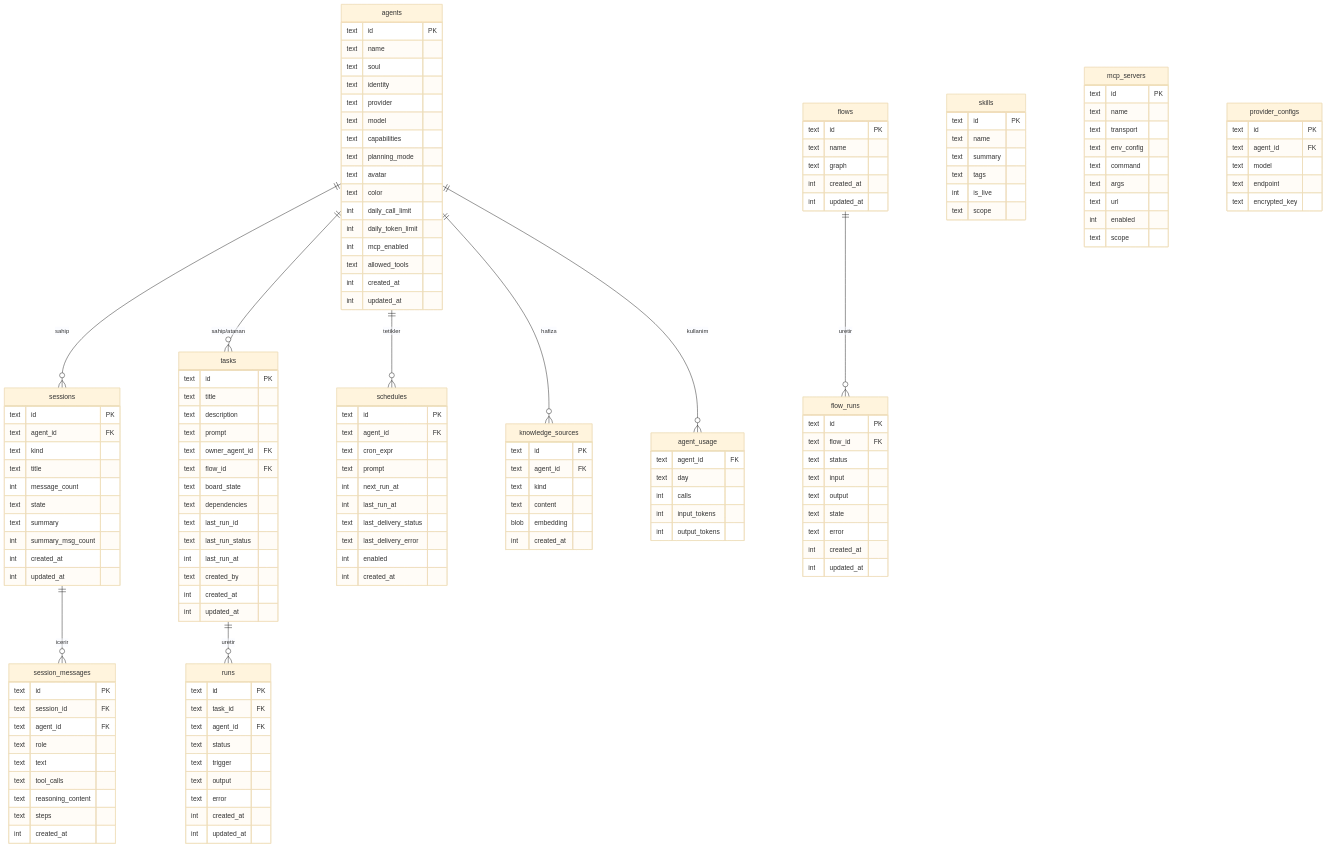
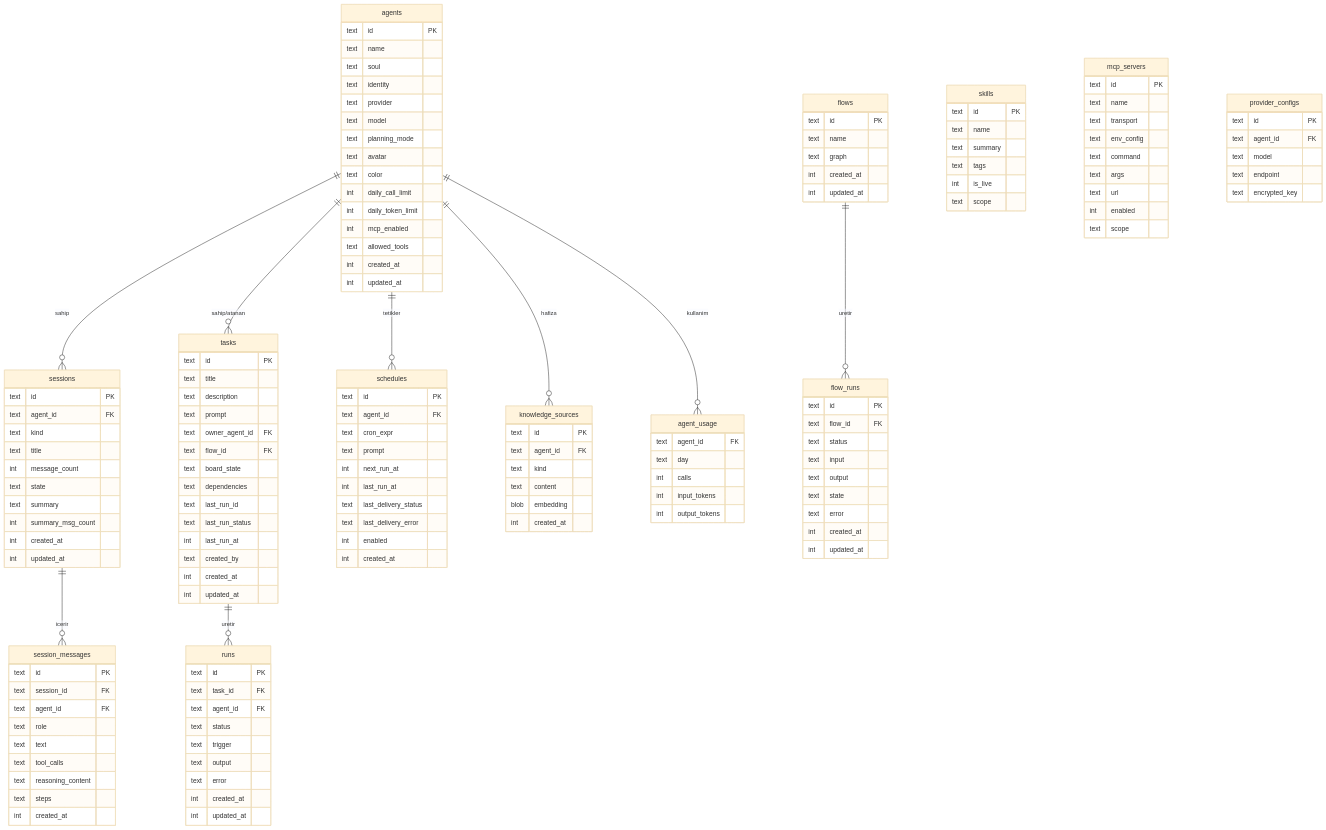
The diagram in _Docs/02-VERI-MODELI.md (bilal-arikan/tionharness), drawn with Mermaid (base theme) before and after one commit. The commit also changed 70 other files, not shown here.

```diff
--- a/_Docs/02-VERI-MODELI.md
+++ b/_Docs/02-VERI-MODELI.md
@@ -27,7 +27,6 @@
         text identity
         text provider
         text model
-        text capabilities
         text planning_mode
         text avatar
         text color
```
